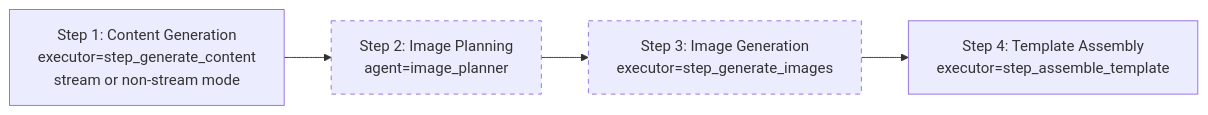
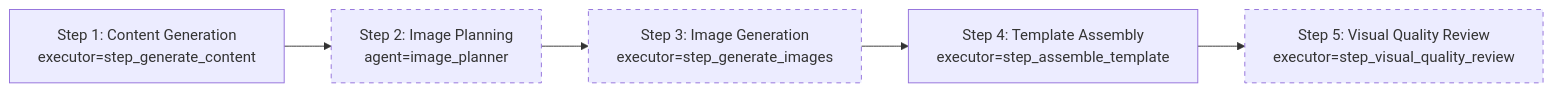
Before and after one commit to agno-agi/agno: the second of 2 diagrams in cookbook/90_models/anthropic/skills/powerpoint_workflow_demo/ARCHITECTURE_powerpoint_template_workflow.md, drawn with Mermaid. The commit also changed other lines of this file and 7 other files, not shown here.

First line of the commit message:
Add visual quality improvements and optional review agent to PowerPoint workflow

````diff
--- a/cookbook/90_models/anthropic/skills/powerpoint_workflow_demo/ARCHITECTURE_powerpoint_template_workflow.md
+++ b/cookbook/90_models/anthropic/skills/powerpoint_workflow_demo/ARCHITECTURE_powerpoint_template_workflow.md
@@ -547,12 +508,14 @@
 ```mermaid
 flowchart LR
-    S1[Step 1: Content Generation<br>executor=step_generate_content<br>stream or non-stream mode]
+    S1[Step 1: Content Generation<br>executor=step_generate_content]
     S2[Step 2: Image Planning<br>agent=image_planner]
     S3[Step 3: Image Generation<br>executor=step_generate_images]
     S4[Step 4: Template Assembly<br>executor=step_assemble_template]
+    S5[Step 5: Visual Quality Review<br>executor=step_visual_quality_review]
 
-    S1 --> S2 --> S3 --> S4
+    S1 --> S2 --> S3 --> S4 --> S5
 
     style S2 stroke-dasharray: 5 5
     style S3 stroke-dasharray: 5 5
+    style S5 stroke-dasharray: 5 5
 ```
````
